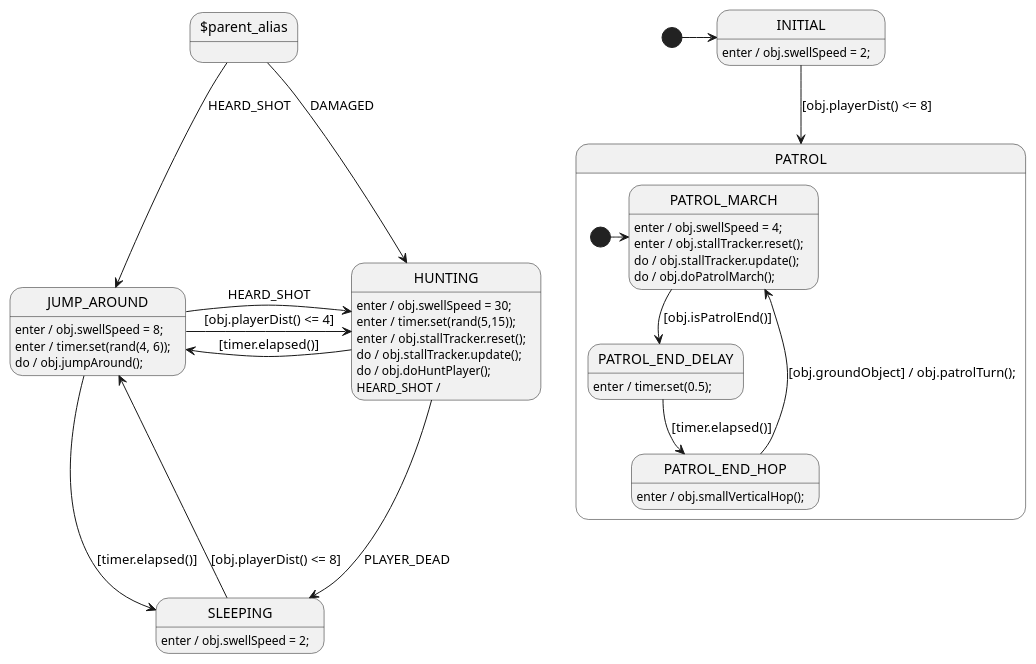
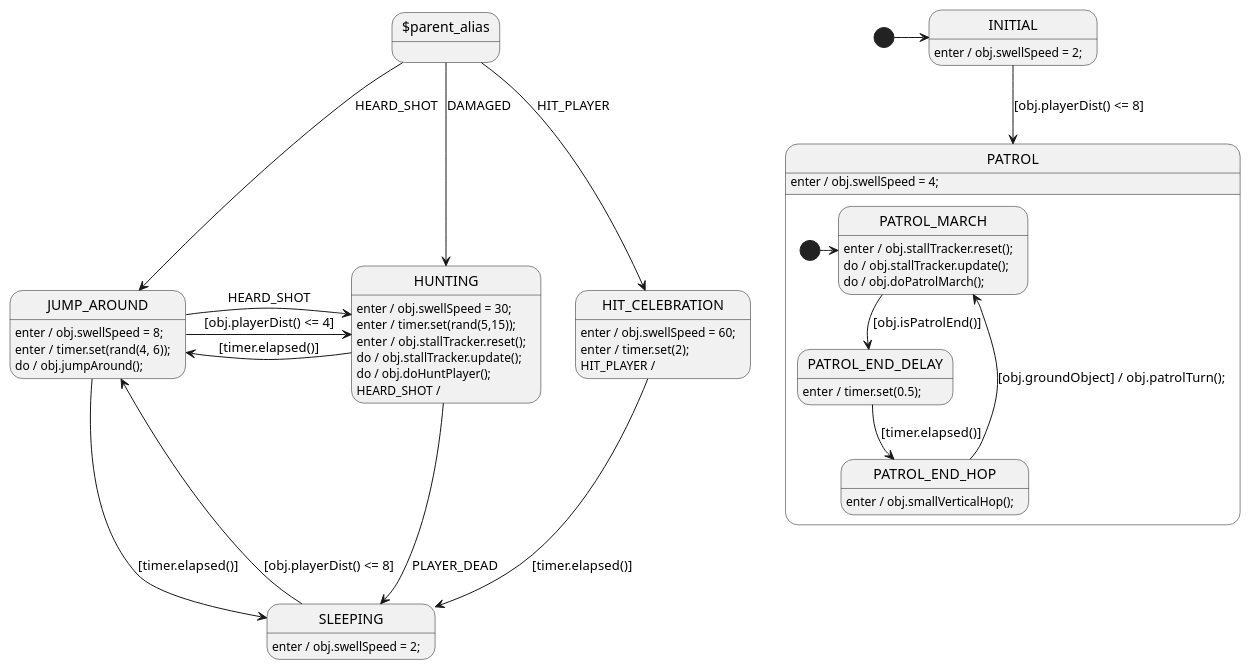
The diagram in examples/platformer/enemy1/Enemy1Sm.plantuml (adamfk/LittleJS), drawn with PlantUML before and after one commit. The commit also changed 4 other files, not shown here.

```diff
--- a/examples/platformer/enemy1/Enemy1Sm.plantuml
+++ b/examples/platformer/enemy1/Enemy1Sm.plantuml
@@ -1,86 +1,92 @@
 @startuml Enemy1Sm
 
 ' //////////////////////// STATE ORGANIZATION ///////////////////////
 ' Note: StateSmith treats state names and events as case insensitive.
 ' More info: https://github.com/StateSmith/StateSmith/wiki/PlantUML
 
 state "$parent_alias" as PA
 
 state INITIAL
 state SLEEPING
 
 state PATROL {
     state PATROL_MARCH
     state PATROL_END_DELAY
     state PATROL_END_HOP
     ' state PATROL_END_TURN
     [*] -> PATROL_MARCH
 }
 
 state JUMP_AROUND
 
 state HUNTING
 
+state HIT_CELEBRATION
+
 [*] -> INITIAL
 
 
 ' ///////////////////////// STATE HANDLERS /////////////////////////
 ' Syntax: https://github.com/StateSmith/StateSmith/wiki/Behaviors
 
 PA --> HUNTING: DAMAGED
 PA --> JUMP_AROUND: HEARD_SHOT
+PA --> HIT_CELEBRATION: HIT_PLAYER
 
 INITIAL --> PATROL: [obj.playerDist() <= 8]
 INITIAL: enter / obj.swellSpeed = 2;
 
 SLEEPING: enter / obj.swellSpeed = 2;
 ' SLEEPING: enter / timer.set(rand(5, 10));
 SLEEPING --> JUMP_AROUND: [obj.playerDist() <= 8]
 
-' PATROL: enter / timer.set(rand(5, 10));
-' PATROL -> SLEEPING: [timer.elapsed()]
-PATROL_MARCH: enter / obj.swellSpeed = 4;
+PATROL: enter / obj.swellSpeed = 4;
 PATROL_MARCH: enter / obj.stallTracker.reset();
 PATROL_MARCH: do / obj.stallTracker.update();
 PATROL_MARCH: do / obj.doPatrolMarch();
 PATROL_MARCH --> PATROL_END_DELAY: [obj.isPatrolEnd()]
 
 PATROL_END_DELAY: enter / timer.set(0.5);
 PATROL_END_DELAY --> PATROL_END_HOP: [timer.elapsed()]
 
 PATROL_END_HOP: enter / obj.smallVerticalHop();
 PATROL_END_HOP --> PATROL_MARCH: [obj.groundObject] / obj.patrolTurn();
 
 HUNTING --> SLEEPING: PLAYER_DEAD
 
 JUMP_AROUND: enter / obj.swellSpeed = 8;
 JUMP_AROUND: enter / timer.set(rand(4, 6));
 JUMP_AROUND: do / obj.jumpAround();
 ' JUMP_AROUND --> SLEEPING: [obj.playerDist() >= 10]
 JUMP_AROUND --> SLEEPING: [timer.elapsed()]
 JUMP_AROUND -r-> HUNTING: [obj.playerDist() <= 4]
 JUMP_AROUND -r-> HUNTING: HEARD_SHOT
 
 HUNTING: enter / obj.swellSpeed = 30;
 HUNTING: enter / timer.set(rand(5,15));
 HUNTING: enter / obj.stallTracker.reset();
 HUNTING: do / obj.stallTracker.update();
 HUNTING: do / obj.doHuntPlayer();
 HUNTING: HEARD_SHOT / 
 HUNTING -l-> JUMP_AROUND: [timer.elapsed()]
 
+HIT_CELEBRATION: enter / obj.swellSpeed = 60;
+HIT_CELEBRATION: enter / timer.set(2);
+HIT_CELEBRATION: HIT_PLAYER / 
+HIT_CELEBRATION --> SLEEPING: [timer.elapsed()]
+
 ' //////////////////////// StateSmith config ////////////////////////
 ' The below special comment block sets the StateSmith configuration.
 ' More info: https://github.com/StateSmith/StateSmith/issues/335
 
 /'! $CONFIG : toml
 [SmRunnerSettings]
 transpilerId = "JavaScript"
 
 [RenderConfig]
 AutoExpandedVars = """
     timer: new Timer(0),
     obj: null, // need to set this to instance of Enemy1 before calling start()
     """
 '/
 @enduml
```
